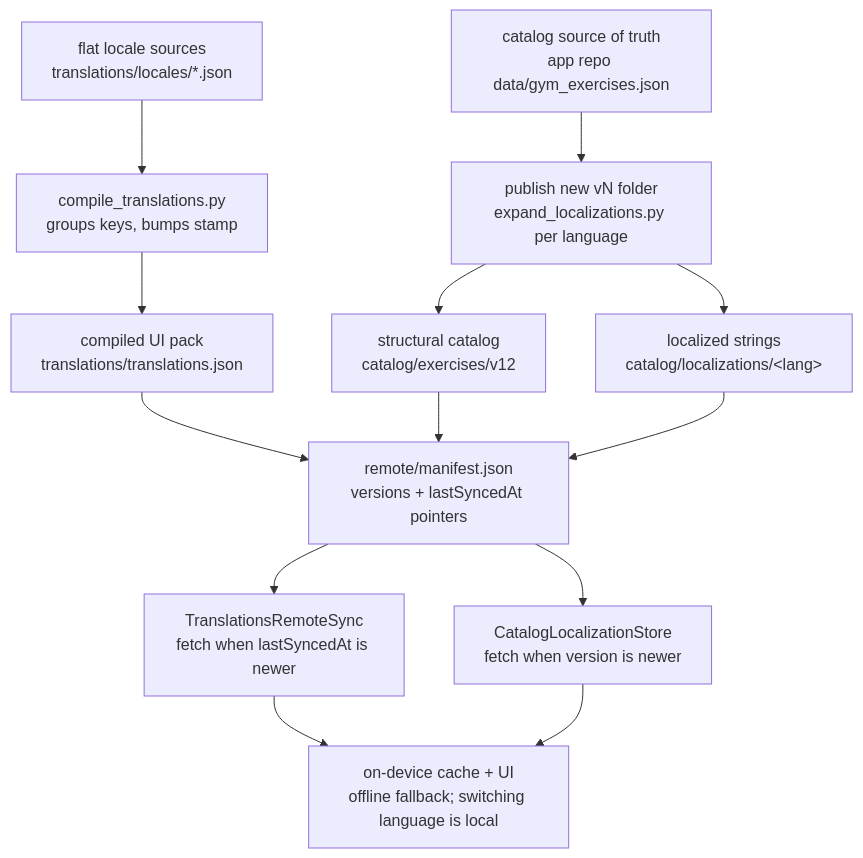
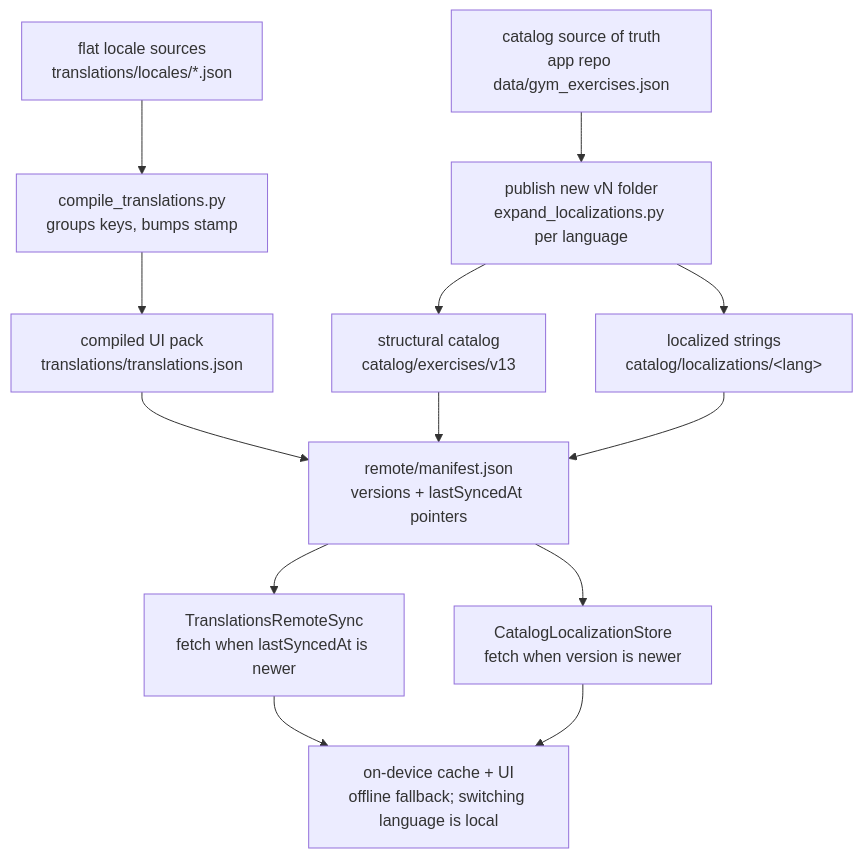
Before and after one commit to davoxdavo/weightliftingAssets: the diagram in CONTENT_PIPELINE.md, drawn with Mermaid. The commit also changed other lines of this file and 26 other files, not shown here.

````diff
--- a/CONTENT_PIPELINE.md
+++ b/CONTENT_PIPELINE.md
@@ -12,19 +12,19 @@
 ```mermaid
 flowchart TD
     A1["flat locale sources<br/>translations/locales/*.json"] --> A2["compile_translations.py<br/>groups keys, bumps stamp"]
     A2 --> A3["compiled UI pack<br/>translations/translations.json"]
 
     B1["catalog source of truth<br/>app repo data/gym_exercises.json"] --> B2["publish new vN folder<br/>expand_localizations.py per language"]
-    B2 --> B3["structural catalog<br/>catalog/exercises/v12"]
+    B2 --> B3["structural catalog<br/>catalog/exercises/v13"]
     B2 --> B4["localized strings<br/>catalog/localizations/&lt;lang&gt;"]
 
     A3 --> M["remote/manifest.json<br/>versions + lastSyncedAt pointers"]
     B3 --> M
     B4 --> M
 
     M --> C1["TranslationsRemoteSync<br/>fetch when lastSyncedAt is newer"]
     M --> C2["CatalogLocalizationStore<br/>fetch when version is newer"]
 
     C1 --> D["on-device cache + UI<br/>offline fallback; switching language is local"]
     C2 --> D
 ```
````
